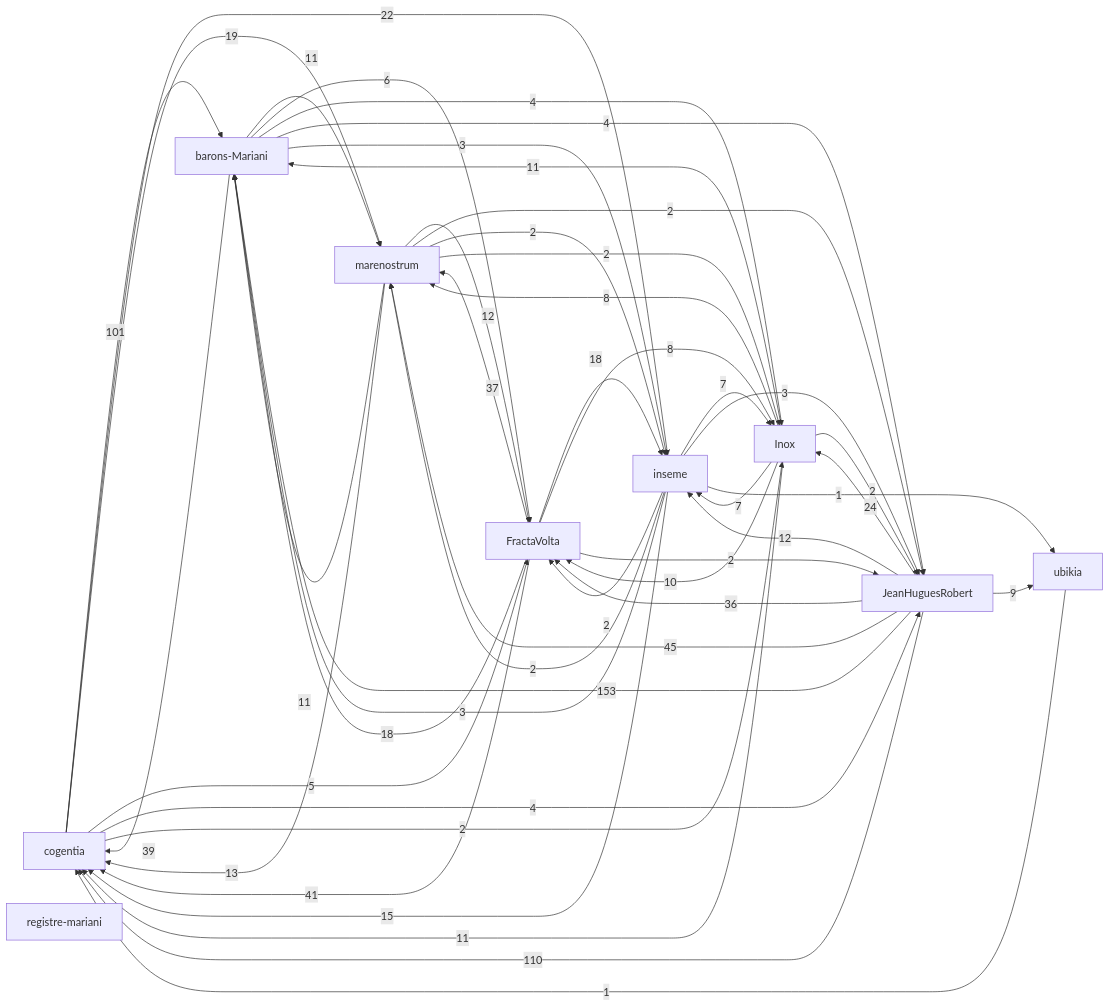
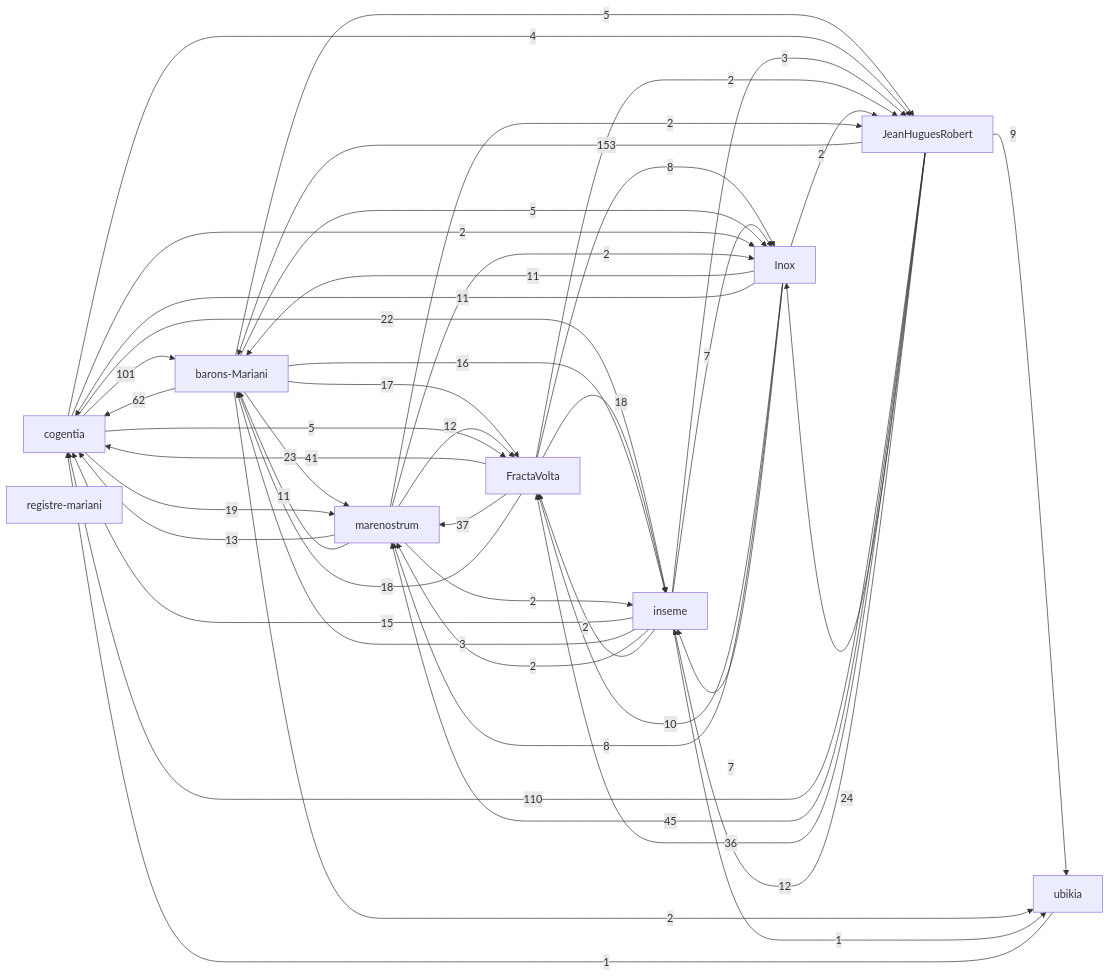
Before and after one commit to JeanHuguesRobert/FractaVolta: the first of 2 diagrams in research/corpus-status.md, drawn with Mermaid.

Commit message:
Refresh corpus status for doctrinal kernel

````diff
--- a/research/corpus-status.md
+++ b/research/corpus-status.md
@@ -48,57 +48,58 @@
 ```mermaid
 graph LR
   r_cogentia["cogentia"]
   r_fractavolta["FractaVolta"]
   r_marenostrum["marenostrum"]
   r_barons_mariani["barons-Mariani"]
   r_inseme["inseme"]
   r_inox["Inox"]
   r_registre_mariani["registre-mariani"]
   r_ubikia["ubikia"]
   r_jeanhuguesrobert["JeanHuguesRobert"]
   r_jeanhuguesrobert -->|153| r_barons_mariani
   r_jeanhuguesrobert -->|110| r_cogentia
   r_cogentia -->|101| r_barons_mariani
+  r_barons_mariani -->|62| r_cogentia
   r_jeanhuguesrobert -->|45| r_marenostrum
   r_fractavolta -->|41| r_cogentia
-  r_barons_mariani -->|39| r_cogentia
   r_fractavolta -->|37| r_marenostrum
   r_jeanhuguesrobert -->|36| r_fractavolta
   r_jeanhuguesrobert -->|24| r_inox
+  r_barons_mariani -->|23| r_marenostrum
   r_cogentia -->|22| r_inseme
   r_cogentia -->|19| r_marenostrum
   r_fractavolta -->|18| r_inseme
   r_fractavolta -->|18| r_barons_mariani
+  r_barons_mariani -->|17| r_fractavolta
+  r_barons_mariani -->|16| r_inseme
   r_inseme -->|15| r_cogentia
   r_marenostrum -->|13| r_cogentia
   r_jeanhuguesrobert -->|12| r_inseme
   r_marenostrum -->|12| r_fractavolta
-  r_barons_mariani -->|11| r_marenostrum
   r_inox -->|11| r_barons_mariani
   r_inox -->|11| r_cogentia
   r_marenostrum -->|11| r_barons_mariani
   r_inox -->|10| r_fractavolta
   r_jeanhuguesrobert -->|9| r_ubikia
   r_fractavolta -->|8| r_inox
   r_inox -->|8| r_marenostrum
   r_inox -->|7| r_inseme
   r_inseme -->|7| r_inox
-  r_barons_mariani -->|6| r_fractavolta
+  r_barons_mariani -->|5| r_inox
+  r_barons_mariani -->|5| r_jeanhuguesrobert
   r_cogentia -->|5| r_fractavolta
-  r_barons_mariani -->|4| r_inox
-  r_barons_mariani -->|4| r_jeanhuguesrobert
   r_cogentia -->|4| r_jeanhuguesrobert
-  r_barons_mariani -->|3| r_inseme
   r_inseme -->|3| r_barons_mariani
   r_inseme -->|3| r_jeanhuguesrobert
+  r_barons_mariani -->|2| r_ubikia
   r_cogentia -->|2| r_inox
   r_fractavolta -->|2| r_jeanhuguesrobert
   r_inox -->|2| r_jeanhuguesrobert
   r_inseme -->|2| r_marenostrum
   r_inseme -->|2| r_fractavolta
   r_marenostrum -->|2| r_jeanhuguesrobert
   r_marenostrum -->|2| r_inseme
   r_marenostrum -->|2| r_inox
   r_inseme -->|1| r_ubikia
   r_ubikia -->|1| r_cogentia
 ```
````
